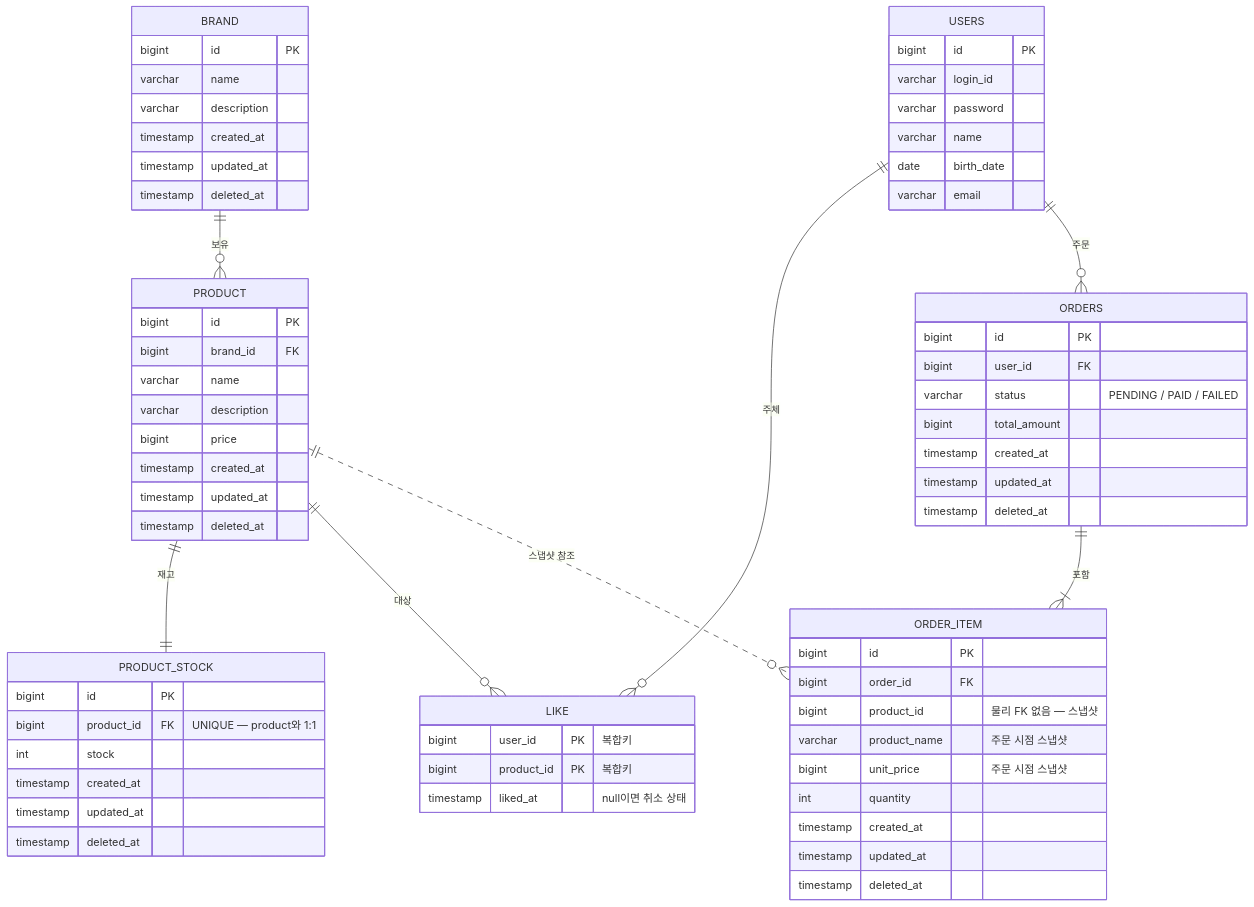
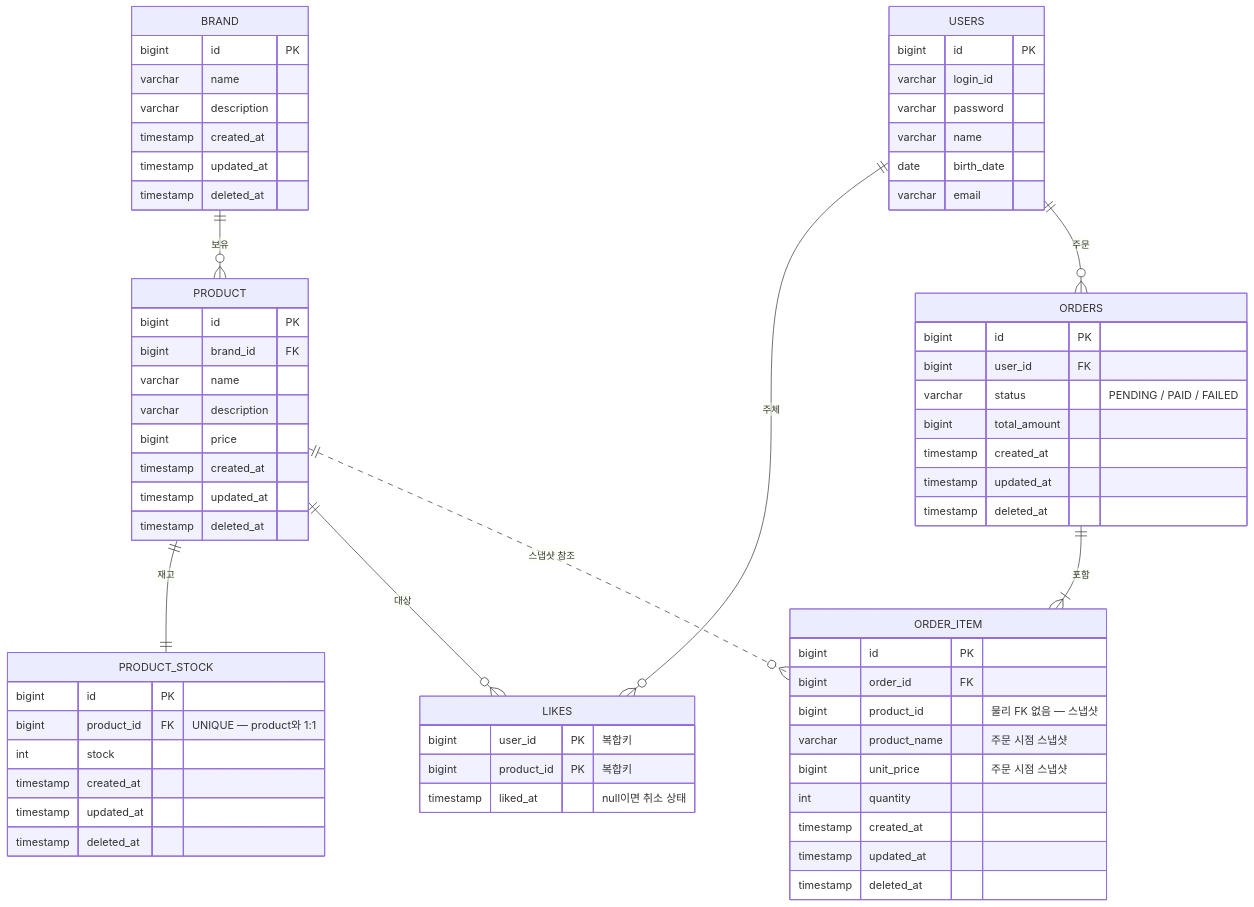
The diagram in docs/design/04-erd.md (loopers-labs/loop-pack-be-l2-vol4-java), drawn with Mermaid before and after one commit. The commit also changed other lines of this file and 1 other file, not shown here.

Commit message:
docs: 브랜드조회 시퀀스 다이어그램 및 ERD 수정

````diff
--- a/docs/design/04-erd.md
+++ b/docs/design/04-erd.md
@@ -7,70 +7,70 @@
 ```mermaid
 erDiagram
     BRAND   ||--o{ PRODUCT    : "보유"
     PRODUCT ||--|| PRODUCT_STOCK : "재고"
-    PRODUCT ||--o{ LIKE       : "대상"
-    USERS   ||--o{ LIKE       : "주체"
+    PRODUCT ||--o{ LIKES      : "대상"
+    USERS   ||--o{ LIKES      : "주체"
     USERS   ||--o{ ORDERS     : "주문"
     ORDERS  ||--|{ ORDER_ITEM : "포함"
     PRODUCT ||..o{ ORDER_ITEM : "스냅샷 참조"
 
     BRAND {
         bigint id PK
         varchar name
         varchar description
         timestamp created_at
         timestamp updated_at
         timestamp deleted_at
     }
     PRODUCT {
         bigint id PK
         bigint brand_id FK
         varchar name
         varchar description
         bigint price
         timestamp created_at
         timestamp updated_at
         timestamp deleted_at
     }
     PRODUCT_STOCK {
         bigint id PK
         bigint product_id FK "UNIQUE — product와 1:1"
         int stock
         timestamp created_at
         timestamp updated_at
         timestamp deleted_at
     }
-    LIKE {
+    LIKES {
         bigint user_id PK "복합키"
         bigint product_id PK "복합키"
         timestamp liked_at "null이면 취소 상태"
     }
     ORDERS {
         bigint id PK
         bigint user_id FK
         varchar status "PENDING / PAID / FAILED"
         bigint total_amount
         timestamp created_at
         timestamp updated_at
         timestamp deleted_at
     }
     ORDER_ITEM {
         bigint id PK
         bigint order_id FK
         bigint product_id "물리 FK 없음 — 스냅샷"
         varchar product_name "주문 시점 스냅샷"
         bigint unit_price "주문 시점 스냅샷"
         int quantity
         timestamp created_at
         timestamp updated_at
         timestamp deleted_at
     }
     USERS {
         bigint id PK
         varchar login_id
         varchar password
         varchar name
         date birth_date
         varchar email
     }
 ```
````
